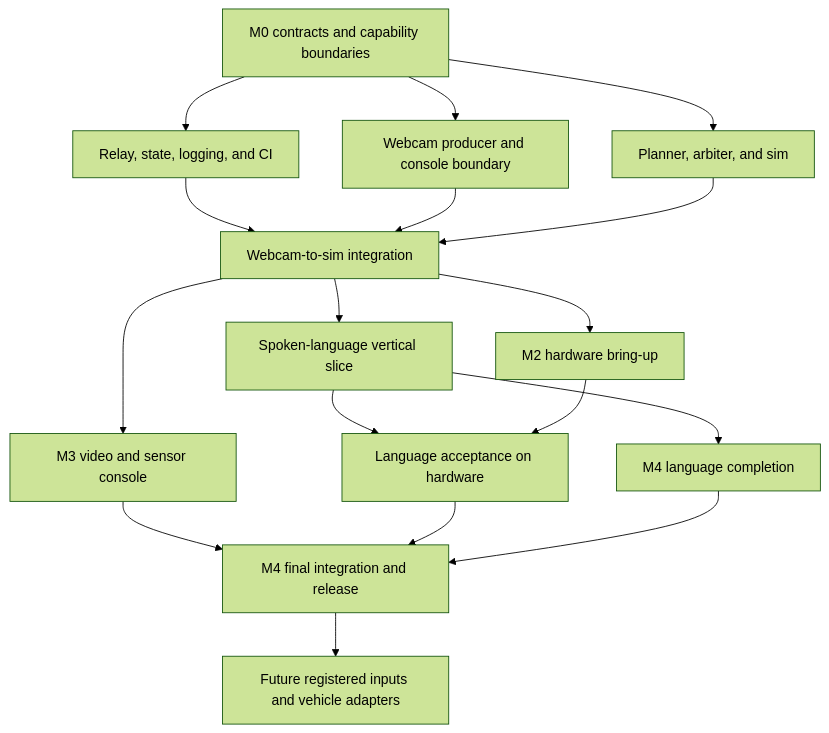
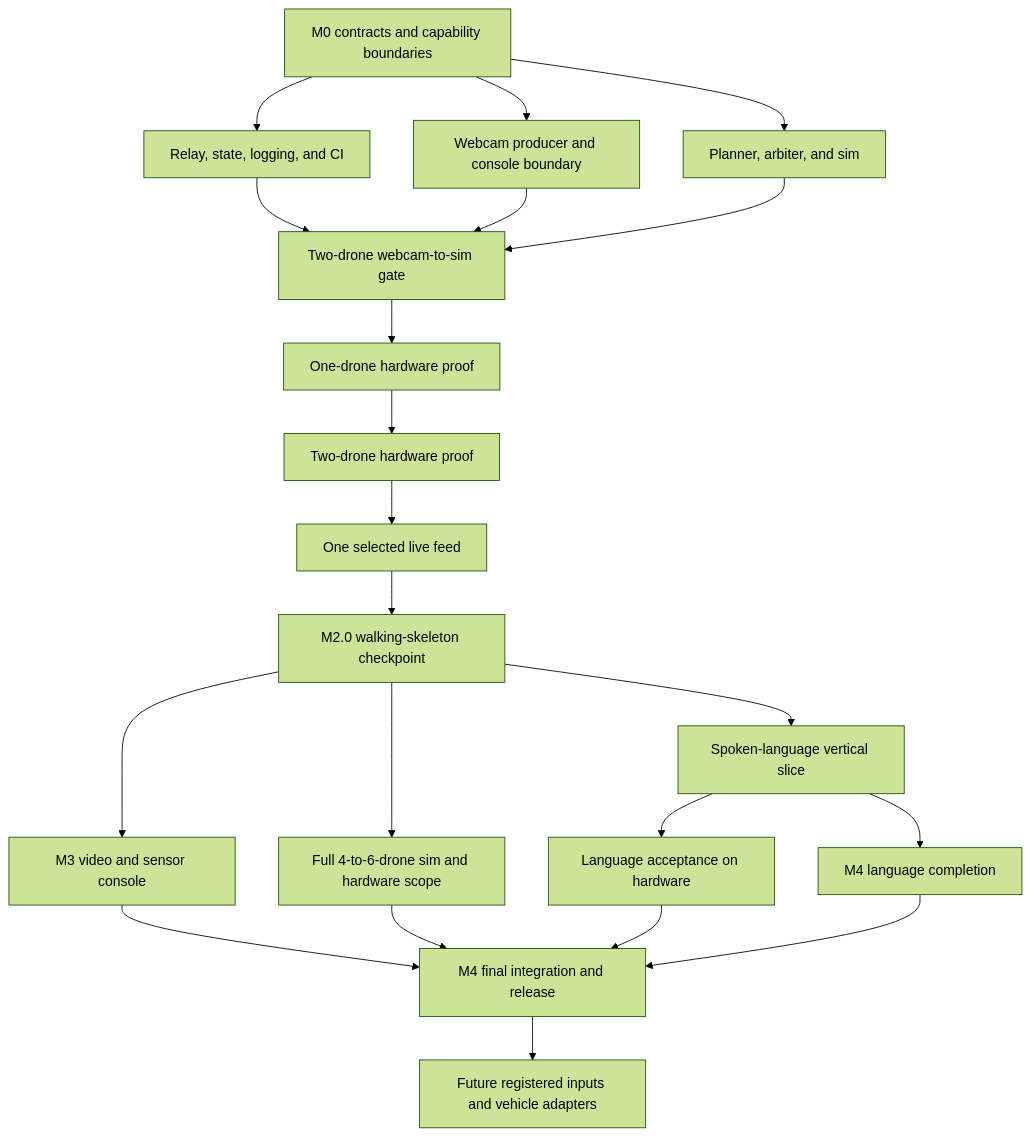
The diagram in docs/mvp-plan.md (worldofhacks/sweep), drawn with Mermaid (forest theme) before and after one commit. The commit also changed other lines of this file and 1 other file, not shown here.

Commit message:
docs: add two-drone walking-skeleton checkpoint

````diff
--- a/docs/mvp-plan.md
+++ b/docs/mvp-plan.md
@@ -26,19 +26,23 @@
 ```mermaid
 flowchart TD
     M0[M0 contracts and capability boundaries] --> C1[Relay, state, logging, and CI]
     M0 --> A1[Webcam producer and console boundary]
     M0 --> B1[Planner, arbiter, and sim]
-    C1 --> I1[Webcam-to-sim integration]
+    C1 --> I1[Two-drone webcam-to-sim gate]
     A1 --> I1
     B1 --> I1
-    I1 --> L1[Spoken-language vertical slice]
-    I1 --> H1[M2 hardware bring-up]
-    I1 --> V1[M3 video and sensor console]
-    L1 --> H2[Language acceptance on hardware]
-    H1 --> H2
+    I1 --> H1[One-drone hardware proof]
+    H1 --> H2[Two-drone hardware proof]
+    H2 --> V0[One selected live feed]
+    V0 --> W1[M2.0 walking-skeleton checkpoint]
+    W1 --> L1[Spoken-language vertical slice]
+    W1 --> S1[Full 4-to-6-drone sim and hardware scope]
+    W1 --> V1[M3 video and sensor console]
+    L1 --> H3[Language acceptance on hardware]
     L1 --> F1[M4 language completion]
     V1 --> R1[M4 final integration and release]
-    H2 --> R1
+    S1 --> R1
+    H3 --> R1
     F1 --> R1
     R1 --> X1[Future registered inputs and vehicle adapters]
 ```
````
